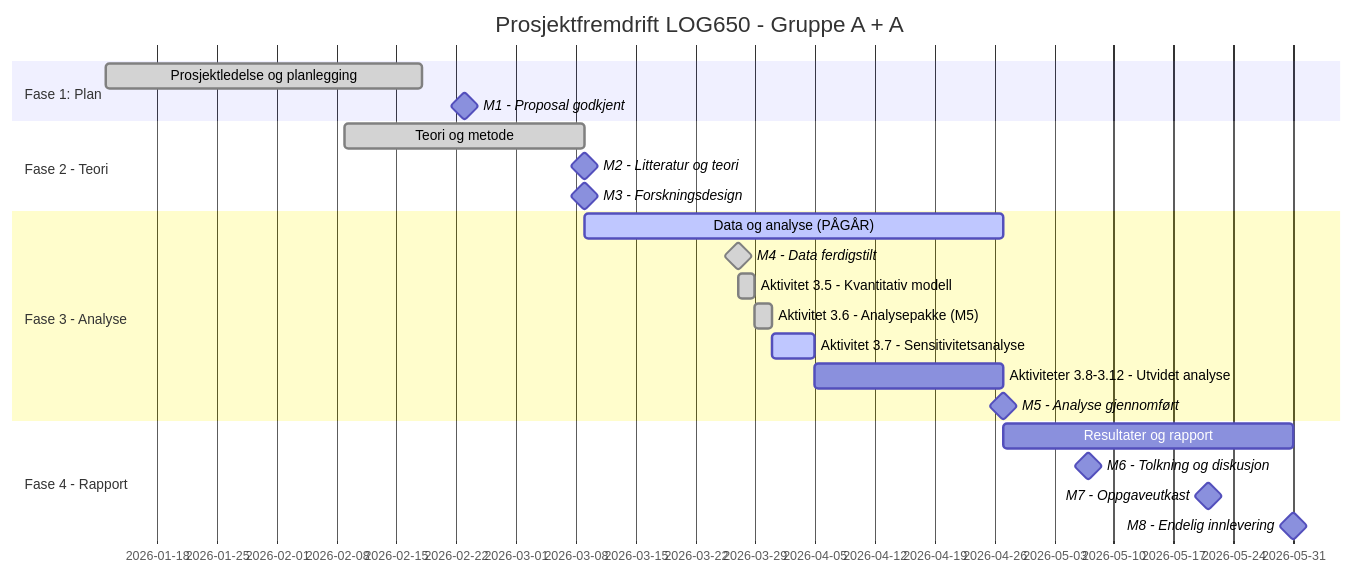
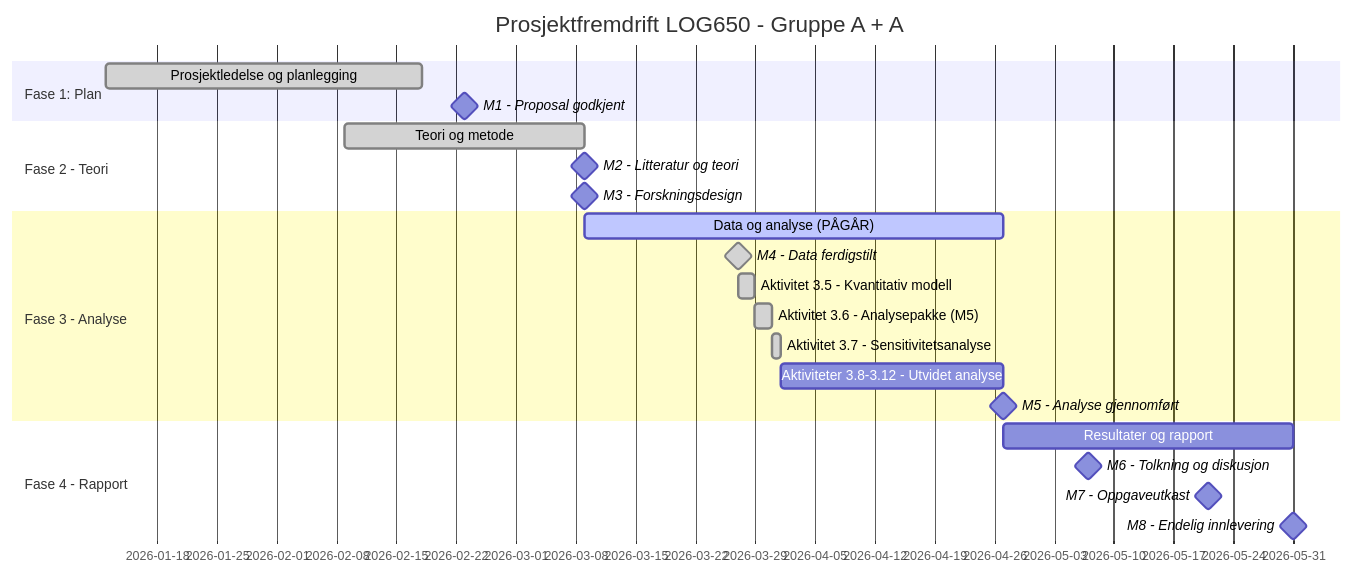
One commit to LOG650/G02-a-pluss-a changed the diagram in 012 fase 2 - plan/status.md. Above: the diagram before and after it, drawn with Mermaid. The commit also changed other lines of this file and 3 other files, not shown here.

````diff
--- a/012 fase 2 - plan/status.md
+++ b/012 fase 2 - plan/status.md
@@ -21,25 +21,25 @@
 ```mermaid
 gantt
     title Prosjektfremdrift LOG650 - Gruppe A + A
     dateFormat  YYYY-MM-DD
     section Fase 1: Plan
     Prosjektledelse og planlegging :done, 2026-01-12, 2026-02-18
     M1 - Proposal godkjent :milestone, 2026-02-23, 0d
     section Fase 2 - Teori
     Teori og metode :done, 2026-02-09, 2026-03-09
     M2 - Litteratur og teori :milestone, 2026-03-09, 0d
     M3 - Forskningsdesign :milestone, 2026-03-09, 0d
     section Fase 3 - Analyse
     Data og analyse (PÅGÅR) :active, 2026-03-09, 2026-04-27
     M4 - Data ferdigstilt :done, milestone, 2026-03-27, 0d
     Aktivitet 3.5 - Kvantitativ modell :done, 2026-03-27, 2026-03-29
     Aktivitet 3.6 - Analysepakke (M5) :done, 2026-03-29, 2026-03-31
-    Aktivitet 3.7 - Sensitivitetsanalyse :active, 2026-03-31, 2026-04-05
-    Aktiviteter 3.8-3.12 - Utvidet analyse : 2026-04-05, 2026-04-27
+    Aktivitet 3.7 - Sensitivitetsanalyse :done, 2026-03-31, 2026-04-01
+    Aktiviteter 3.8-3.12 - Utvidet analyse : 2026-04-01, 2026-04-27
     M5 - Analyse gjennomført :milestone, 2026-04-27, 0d
     section Fase 4 - Rapport
     Resultater og rapport : 2026-04-27, 2026-05-31
     M6 - Tolkning og diskusjon :milestone, 2026-05-07, 0d
     M7 - Oppgaveutkast :milestone, 2026-05-21, 0d
     M8 - Endelig innlevering :milestone, 2026-05-31, 0d
 ```
````
